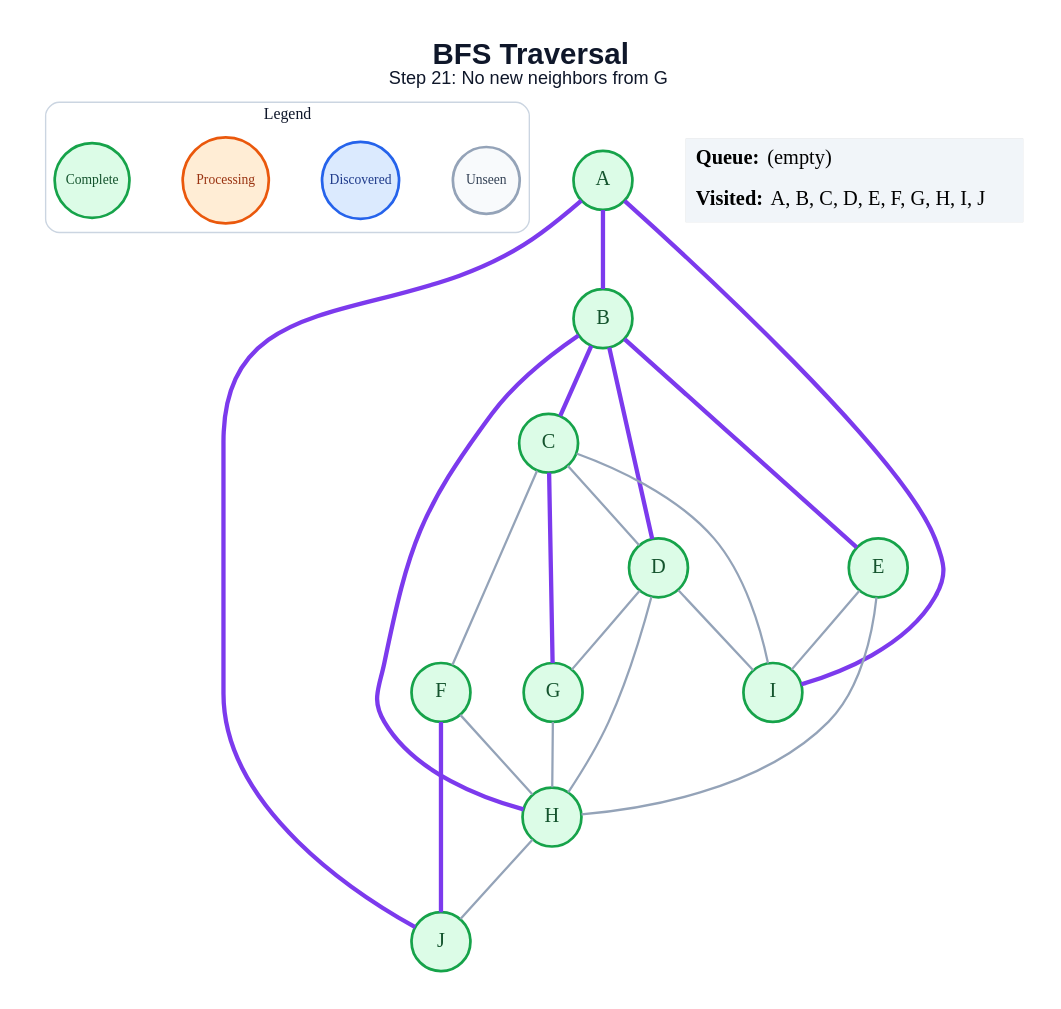
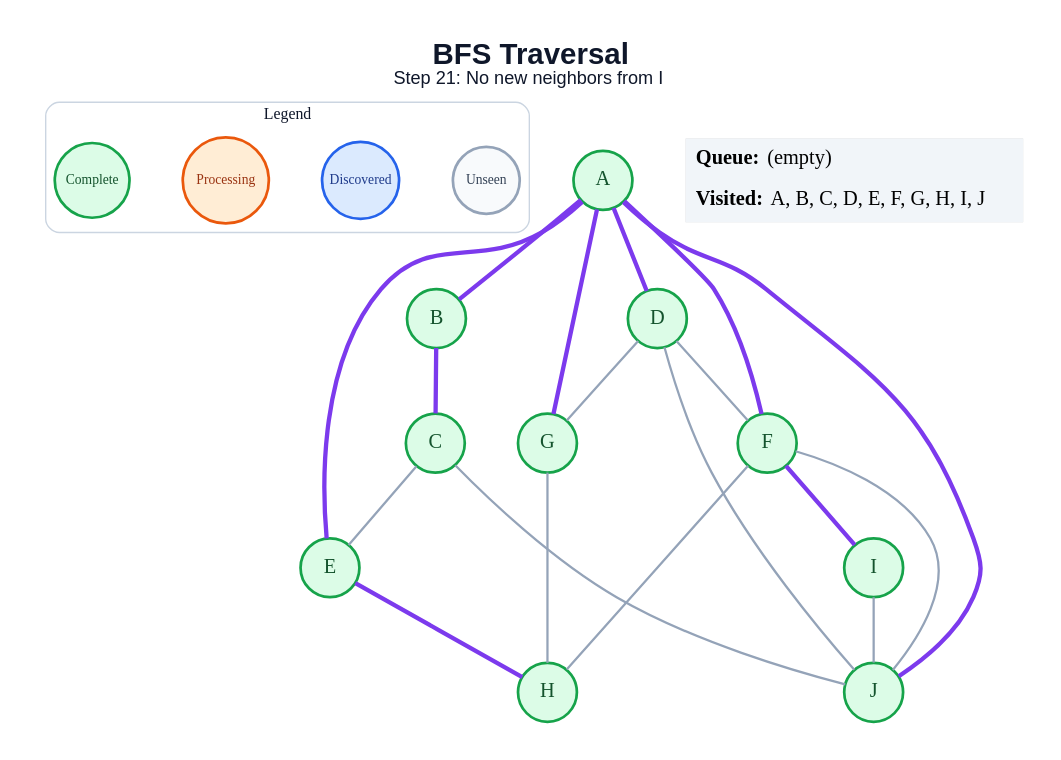
The diagram in generated/bfs/step_21.dot (amanghodawala9/ai-slop), drawn with Graphviz before and after one commit. The commit also changed 178 other files, not shown here.

```diff
--- a/generated/bfs/step_21.dot
+++ b/generated/bfs/step_21.dot
@@ -1,49 +1,47 @@
 graph traversal {
   graph [layout=dot, rankdir=TB, bgcolor="#FFFFFF", pad="0.35", nodesep="0.65", ranksep="0.8", fontname="Arial"];
   node [shape=circle, style="filled", fontname="Arial Bold", fontsize=18, width=0.72, fixedsize=true, penwidth=2.4];
   edge [color="#94A3B8", penwidth=2.0];
-  label=<<B>BFS Traversal</B><BR/><FONT POINT-SIZE="16">Step 21: No new neighbors from G</FONT>>; labelloc="t"; fontsize=26; fontname="Arial"; fontcolor="#0F172A";
+  label=<<B>BFS Traversal</B><BR/><FONT POINT-SIZE="16">Step 21: No new neighbors from I</FONT>>; labelloc="t"; fontsize=26; fontname="Arial"; fontcolor="#0F172A";
   subgraph cluster_legend { label="Legend"; color="#CBD5E1"; penwidth=1.2; style="rounded"; fontsize=14; fontname="Arial Bold";
     key_unseen [label="Unseen", fillcolor="#F8FAFC", color="#94A3B8", fontcolor="#334155", fontsize=12, width=0.82];
     key_frontier [label="Discovered", fillcolor="#DBEAFE", color="#2563EB", fontcolor="#1E3A8A", fontsize=12, width=0.95];
     key_current [label="Processing", fillcolor="#FFEDD5", color="#EA580C", fontcolor="#9A3412", fontsize=12, width=1.05];
     key_done [label="Complete", fillcolor="#DCFCE7", color="#16A34A", fontcolor="#14532D", fontsize=12, width=0.92];
     { rank=same; key_unseen; key_frontier; key_current; key_done; }
   }
   A [fillcolor="#DCFCE7", color="#16A34A", fontcolor="#14532D"];
   B [fillcolor="#DCFCE7", color="#16A34A", fontcolor="#14532D"];
   C [fillcolor="#DCFCE7", color="#16A34A", fontcolor="#14532D"];
   D [fillcolor="#DCFCE7", color="#16A34A", fontcolor="#14532D"];
   E [fillcolor="#DCFCE7", color="#16A34A", fontcolor="#14532D"];
   F [fillcolor="#DCFCE7", color="#16A34A", fontcolor="#14532D"];
   G [fillcolor="#DCFCE7", color="#16A34A", fontcolor="#14532D"];
   H [fillcolor="#DCFCE7", color="#16A34A", fontcolor="#14532D"];
   I [fillcolor="#DCFCE7", color="#16A34A", fontcolor="#14532D"];
   J [fillcolor="#DCFCE7", color="#16A34A", fontcolor="#14532D"];
   A -- B [color="#7C3AED", penwidth=3.8];
-  A -- I [color="#7C3AED", penwidth=3.8];
+  A -- D [color="#7C3AED", penwidth=3.8];
+  A -- E [color="#7C3AED", penwidth=3.8];
+  A -- F [color="#7C3AED", penwidth=3.8];
+  A -- G [color="#7C3AED", penwidth=3.8];
   A -- J [color="#7C3AED", penwidth=3.8];
   B -- C [color="#7C3AED", penwidth=3.8];
-  B -- D [color="#7C3AED", penwidth=3.8];
-  B -- E [color="#7C3AED", penwidth=3.8];
-  B -- H [color="#7C3AED", penwidth=3.8];
-  C -- D;
-  C -- F;
-  C -- G [color="#7C3AED", penwidth=3.8];
-  C -- I;
+  C -- E;
+  C -- J;
+  D -- F;
   D -- G;
-  D -- H;
-  D -- I;
-  E -- H;
-  E -- I;
+  D -- J;
+  E -- H [color="#7C3AED", penwidth=3.8];
   F -- H;
-  F -- J [color="#7C3AED", penwidth=3.8];
+  F -- I [color="#7C3AED", penwidth=3.8];
+  F -- J;
   G -- H;
-  H -- J;
+  I -- J;
   status [shape=plain, fixedsize=false, width=0, height=0, margin=0, label=<
     <TABLE BORDER="0" CELLBORDER="0" CELLPADDING="7" BGCOLOR="#F1F5F9">
       <TR><TD ALIGN="LEFT"><B>Queue:</B> (empty)</TD></TR>
       <TR><TD ALIGN="LEFT"><B>Visited:</B> A, B, C, D, E, F, G, H, I, J</TD></TR>
     </TABLE>
   >];
 }
```
